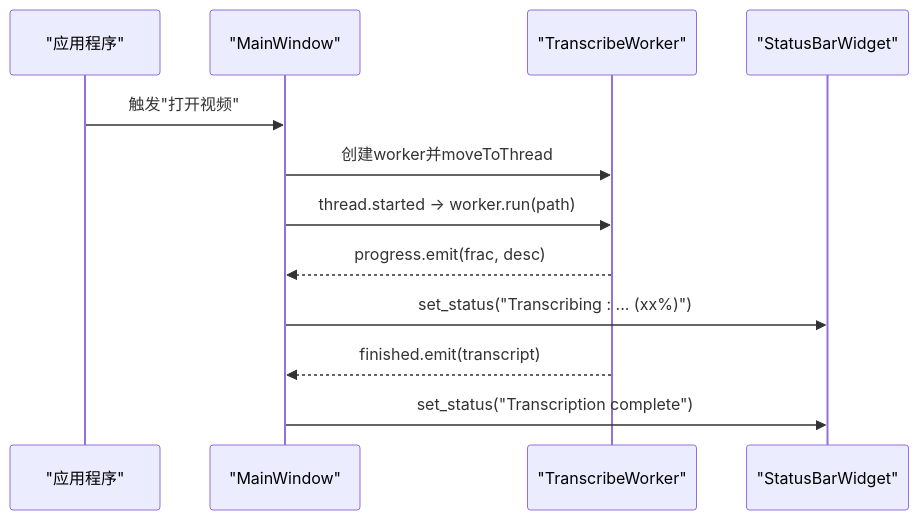
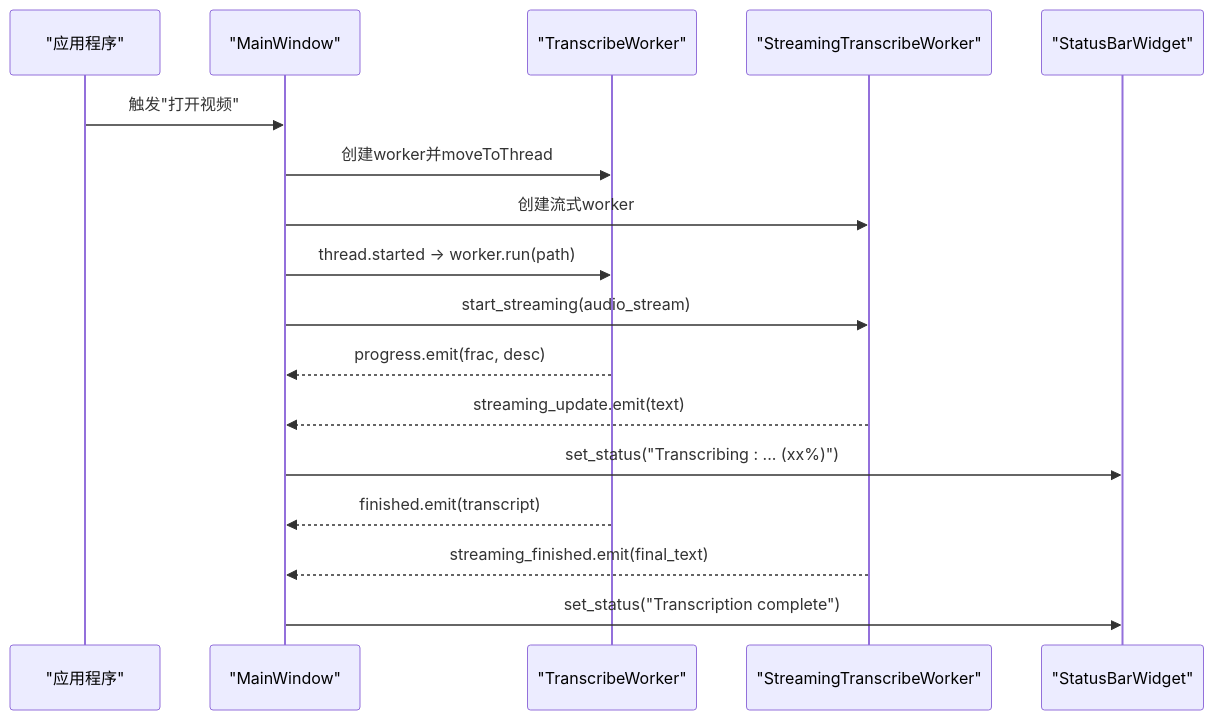
The ninth of 14 diagrams in .qoder/repowiki/zh/content/测试与质量保证/GUI测试.md (boyingliu01/VideoSplitter), drawn with Mermaid before and after one commit. The commit also changed other lines of this file and 147 other files, not shown here.

````diff
--- a/.qoder/repowiki/zh/content/测试与质量保证/GUI测试.md
+++ b/.qoder/repowiki/zh/content/测试与质量保证/GUI测试.md
@@ -323,14 +376,19 @@
 ```mermaid
 sequenceDiagram
 participant App as "应用程序"
 participant MW as "MainWindow"
 participant WK as "TranscribeWorker"
+participant SWK as "StreamingTranscribeWorker"
 participant SB as "StatusBarWidget"
 App->>MW : 触发"打开视频"
 MW->>WK : 创建worker并moveToThread
+MW->>SWK : 创建流式worker
 MW->>WK : thread.started -> worker.run(path)
+MW->>SWK : start_streaming(audio_stream)
 WK-->>MW : progress.emit(frac, desc)
+SWK-->>MW : streaming_update.emit(text)
 MW->>SB : set_status("Transcribing : ... (xx%)")
 WK-->>MW : finished.emit(transcript)
+SWK-->>MW : streaming_finished.emit(final_text)
 MW->>SB : set_status("Transcription complete")
 ```
````
